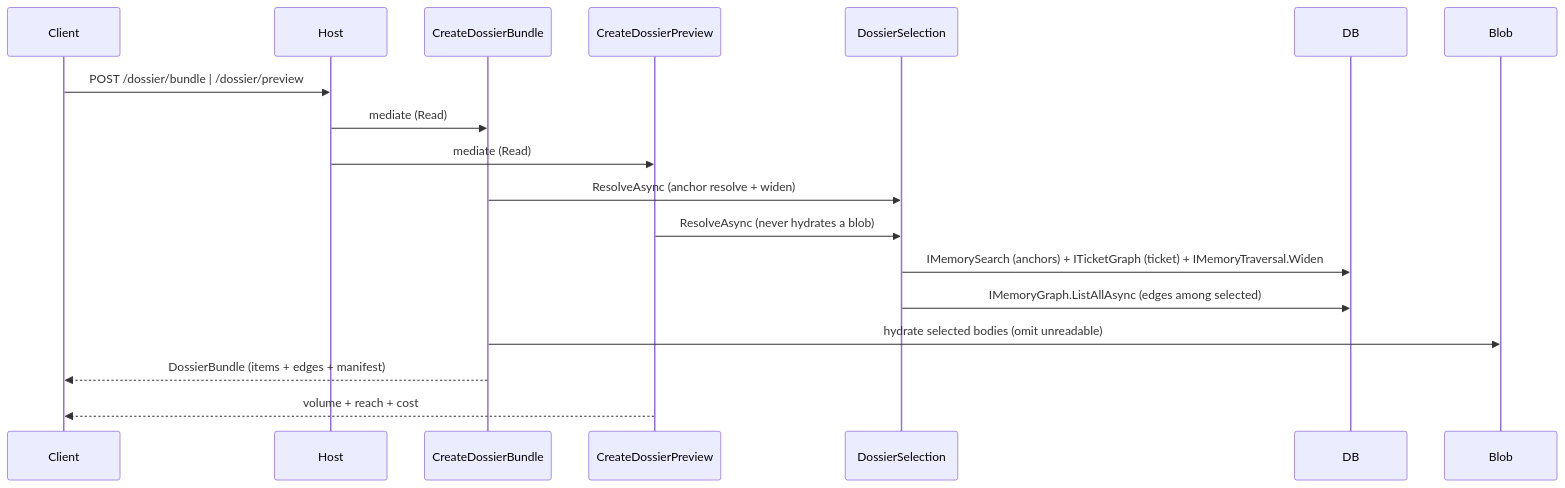
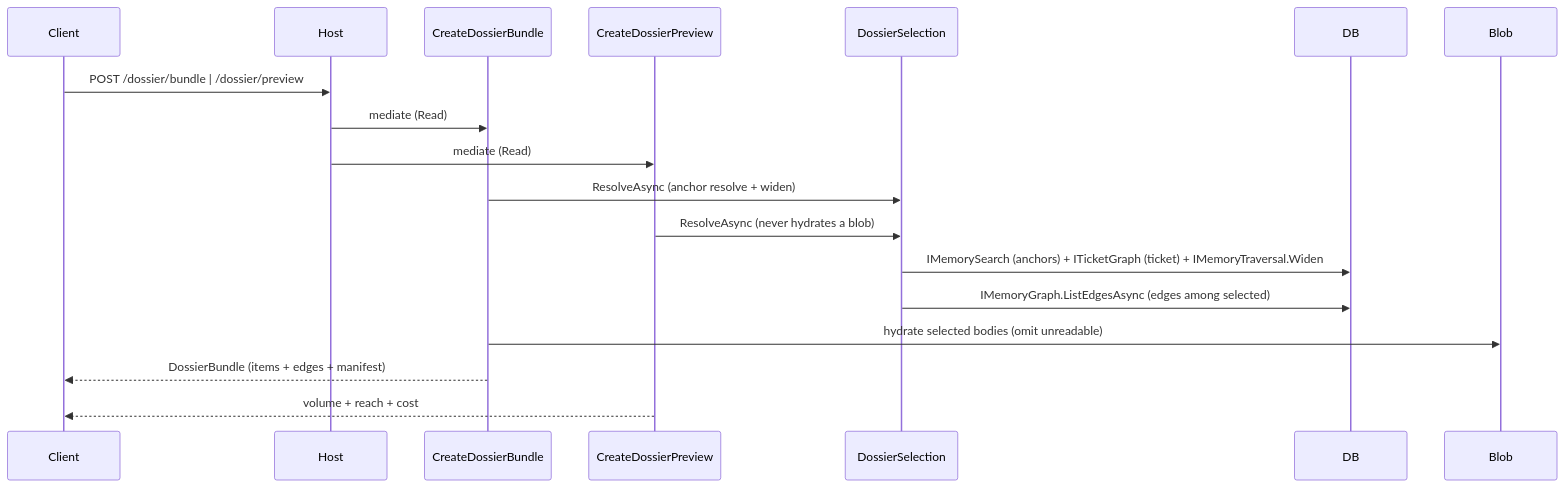
One commit to generic-automation-and-it/smooth-ai-product-context-memory changed the diagram in src/SmoothAiProductContextMemory.Application/Features/ContextDossier/DOSSIER_AGENTS.md. Above: the diagram before and after it, drawn with Mermaid. The commit also changed other lines of this file and 38 other files, not shown here.

````diff
--- a/src/SmoothAiProductContextMemory.Application/Features/ContextDossier/DOSSIER_AGENTS.md
+++ b/src/SmoothAiProductContextMemory.Application/Features/ContextDossier/DOSSIER_AGENTS.md
@@ -22,21 +22,21 @@
 ```mermaid
 sequenceDiagram
     participant Client
     participant Host
     participant Bundle as CreateDossierBundle
     participant Preview as CreateDossierPreview
     participant Sel as DossierSelection
     participant DB
     participant Blob
 
     Client->>Host: POST /dossier/bundle | /dossier/preview
     Host->>Bundle: mediate (Read)
     Host->>Preview: mediate (Read)
     Bundle->>Sel: ResolveAsync (anchor resolve + widen)
     Preview->>Sel: ResolveAsync (never hydrates a blob)
     Sel->>DB: IMemorySearch (anchors) + ITicketGraph (ticket) + IMemoryTraversal.Widen
-    Sel->>DB: IMemoryGraph.ListAllAsync (edges among selected)
+    Sel->>DB: IMemoryGraph.ListEdgesAsync (edges among selected)
     Bundle->>Blob: hydrate selected bodies (omit unreadable)
     Bundle-->>Client: DossierBundle (items + edges + manifest)
     Preview-->>Client: volume + reach + cost
 ```
````
